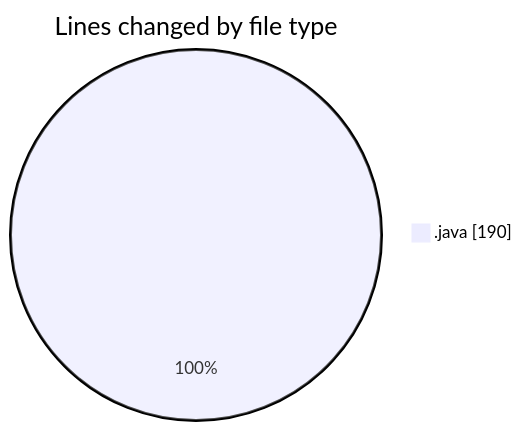
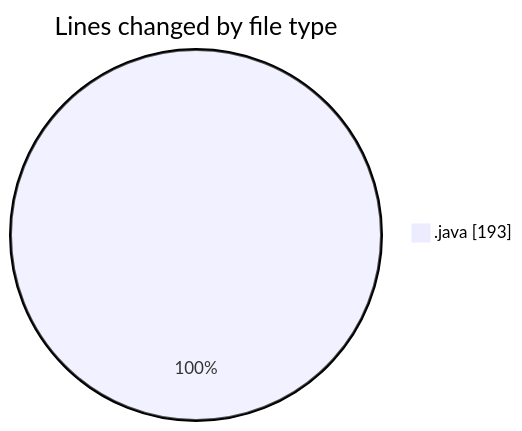
Before and after one commit to ricardozamudiocil/code-tracking: the first of 2 diagrams in 2026-04-24/cilreports__workspace_/README.md, drawn with Mermaid. The commit also changed other lines of this file and 1 other file, not shown here.

````diff
--- a/2026-04-24/cilreports__workspace_/README.md
+++ b/2026-04-24/cilreports__workspace_/README.md
@@ -22,5 +22,5 @@
 ```mermaid
 pie showData
 title Lines changed by file type
-".java" : 190
+".java" : 193
 ```
````
